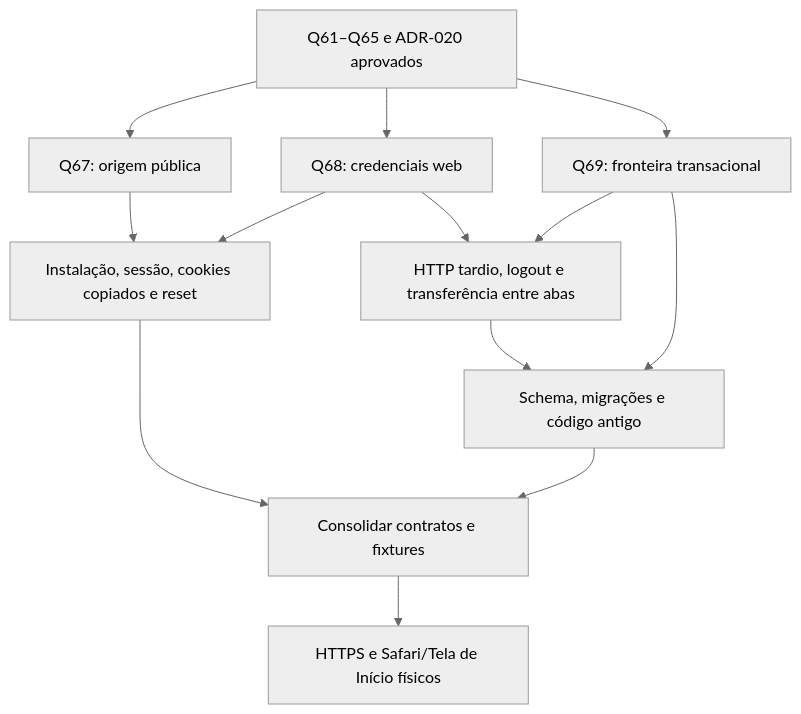
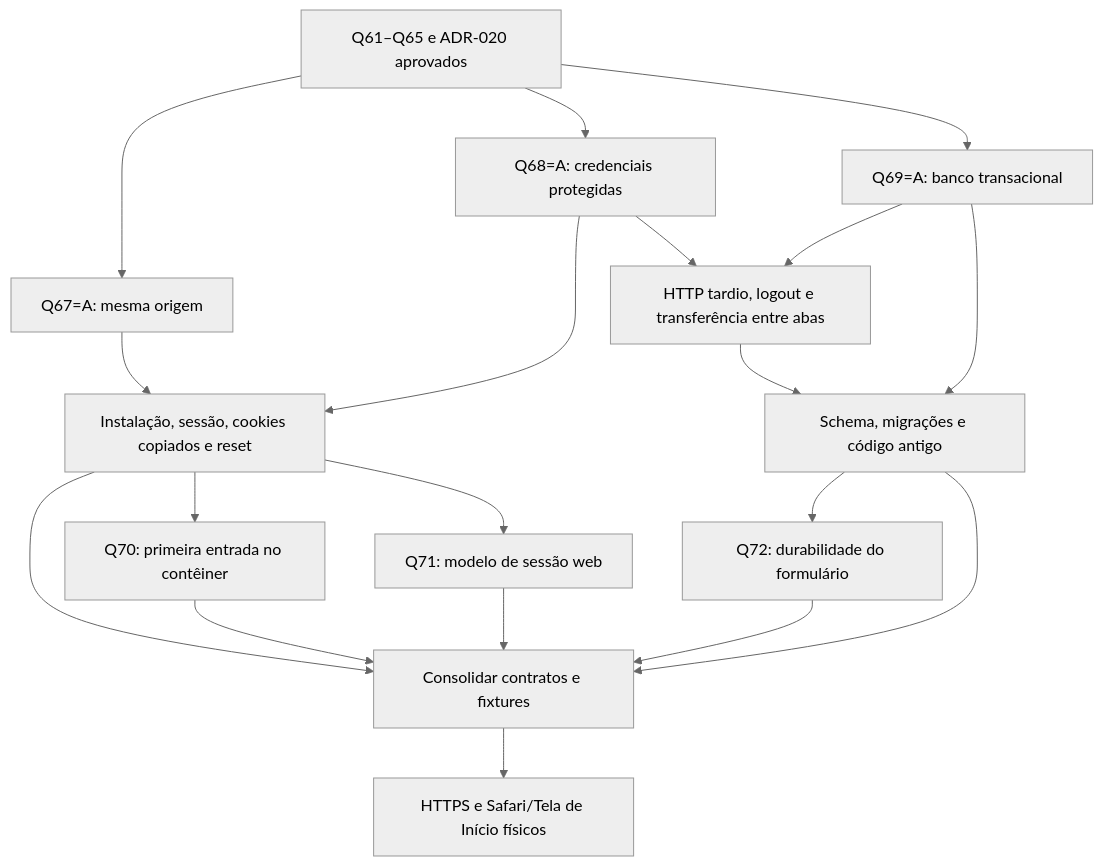
The diagram in .scratch/pwa-m1/entrevista.md (pedrohrsantos01/AssistentePessoal), drawn with Mermaid (neutral theme) before and after one commit. The commit also changed other lines of this file and 8 other files, not shown here.

First line of the commit message:
docs(pwa): consolida fronteiras de origem sessão e banco

````diff
--- a/.scratch/pwa-m1/entrevista.md
+++ b/.scratch/pwa-m1/entrevista.md
@@ -23,15 +23,21 @@
 ```mermaid
 flowchart TD
-  Base["Q61–Q65 e ADR-020 aprovados"] --> Origem["Q67: origem pública"]
-  Base --> Credenciais["Q68: credenciais web"]
-  Base --> Banco["Q69: fronteira transacional"]
+  Base["Q61–Q65 e ADR-020 aprovados"] --> Origem["Q67=A: mesma origem"]
+  Base --> Credenciais["Q68=A: credenciais protegidas"]
+  Base --> Banco["Q69=A: banco transacional"]
   Origem --> Sessao["Instalação, sessão, cookies copiados e reset"]
   Credenciais --> Sessao
   Credenciais --> Concorrencia["HTTP tardio, logout e transferência entre abas"]
   Banco --> Concorrencia
   Banco --> Upgrade["Schema, migrações e código antigo"]
   Concorrencia --> Upgrade
   Sessao --> Contratos["Consolidar contratos e fixtures"]
+  Sessao --> Entrada["Q70: primeira entrada no contêiner"]
+  Sessao --> Modelo["Q71: modelo de sessão web"]
+  Upgrade --> Rascunho["Q72: durabilidade do formulário"]
+  Entrada --> Contratos
+  Modelo --> Contratos
+  Rascunho --> Contratos
   Upgrade --> Contratos
   Contratos --> Prova["HTTPS e Safari/Tela de Início físicos"]
 ```
````
